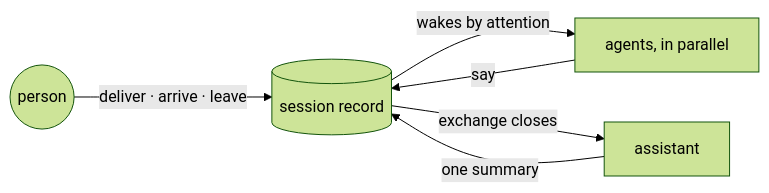
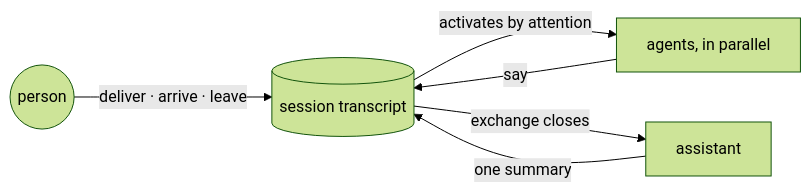
One commit to ambionframework/ambion changed the diagram in README.md. Above: the diagram before and after it, drawn with Mermaid (forest theme). The commit also changed other lines of this file, not shown here.

````diff
--- a/README.md
+++ b/README.md
@@ -100,8 +104,8 @@
 ```mermaid
 flowchart LR
-    P((person)) -- "deliver · arrive · leave" --> R[(session record)]
-    R -- "wakes by attention" --> A["agents, in parallel"]
+    P((person)) -- "deliver · arrive · leave" --> R[(session transcript)]
+    R -- "activates by attention" --> A["agents, in parallel"]
     A -- "say" --> R
     R -- "exchange closes" --> D[assistant]
     D -- "one summary" --> R
 ```
````
